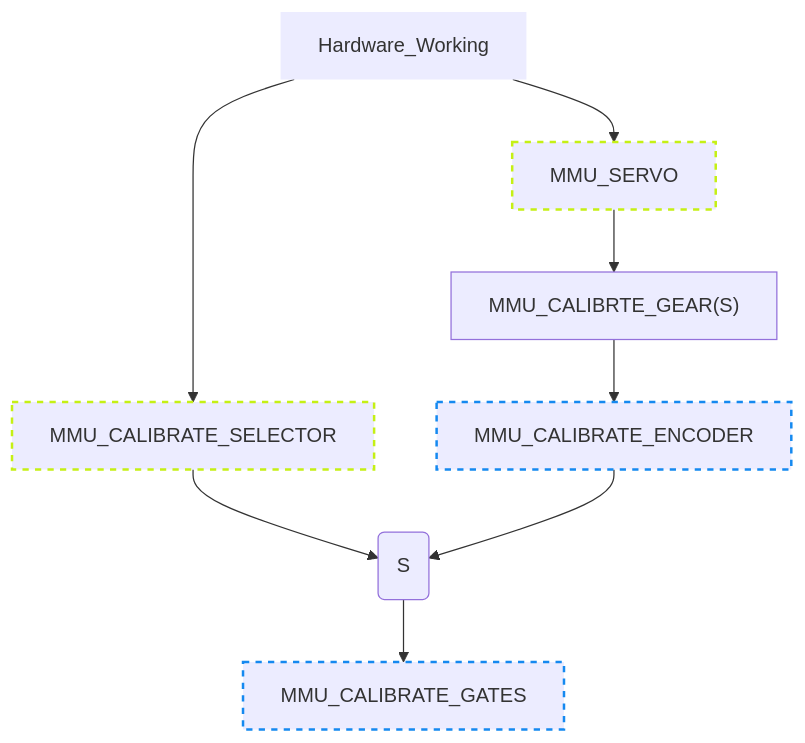
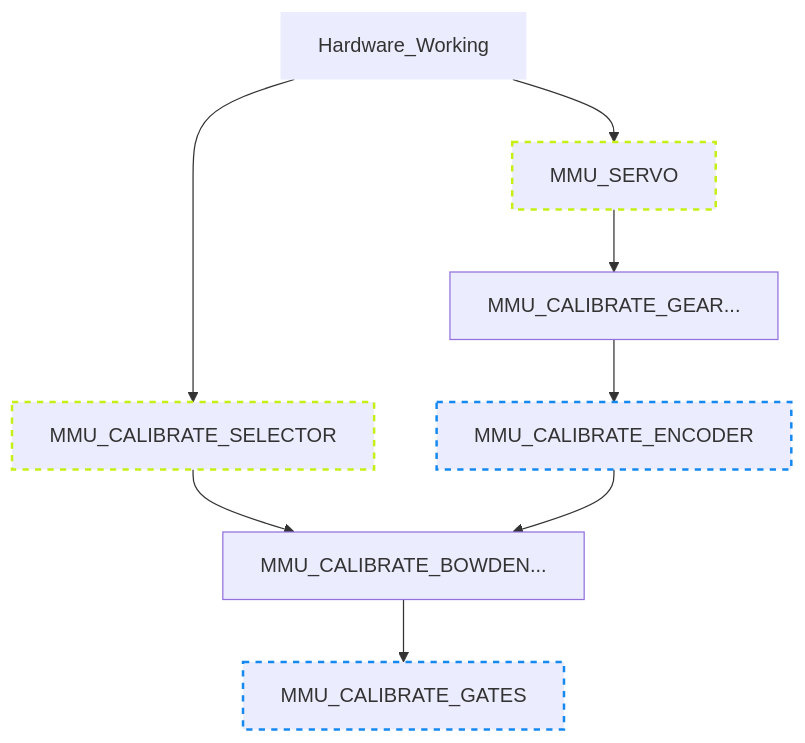
Before and after one commit to 3DCoded/Happy-Hare: the first of 2 diagrams in MMU-Calibration.md, drawn with Mermaid.

````diff
--- a/MMU-Calibration.md
+++ b/MMU-Calibration.md
@@ -22,16 +22,16 @@
 ```mermaid
 graph TD;
     Hardware_Working --> MMU_SERVO
     Hardware_Working --> MMU_CALIBRATE_SELECTOR
     MMU_CALIBRATE_SELECTOR --> MMU_CALIBRATE_BOWDEN
-    MMU_SERVO --> MMU_CALIBRATE_GEAR["MMU_CALIBRTE_GEAR(S)"]
+    MMU_SERVO --> MMU_CALIBRATE_GEAR["MMU_CALIBRATE_GEAR..."]
     MMU_CALIBRATE_GEAR --> MMU_CALIBRATE_ENCODER
-    MMU_CALIBRATE_ENCODER --> MMU_CALIBRATE_BOWDEN(S)
-    MMU_CALIBRATE_BOWDEN(S) --> MMU_CALIBRATE_GATES
+    MMU_CALIBRATE_ENCODER --> MMU_CALIBRATE_BOWDEN["MMU_CALIBRATE_BOWDEN..."]
+    MMU_CALIBRATE_BOWDEN --> MMU_CALIBRATE_GATES
 
     style Hardware_Working stroke-width:0px
     style MMU_SERVO stroke-dasharray: 5 5, stroke:#c5f015, stroke-width:2px
     style MMU_CALIBRATE_SELECTOR stroke-dasharray: 5 5, stroke:#c5f015, stroke-width:2px
     style MMU_CALIBRATE_ENCODER stroke-dasharray: 5 5, stroke:#1589f0, stroke-width:2px
     style MMU_CALIBRATE_GATES stroke-dasharray: 5 5, stroke:#1589f0, stroke-width:2px
 ```
````
